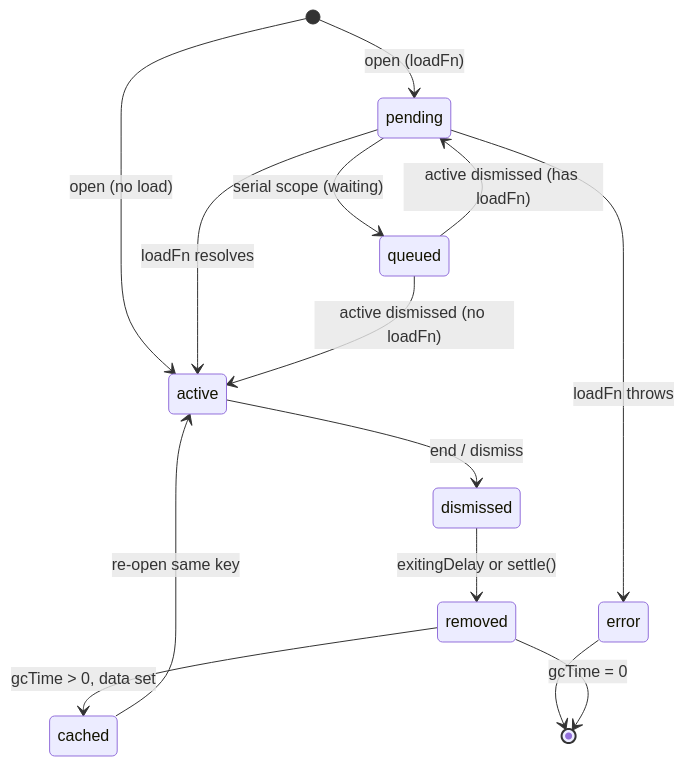
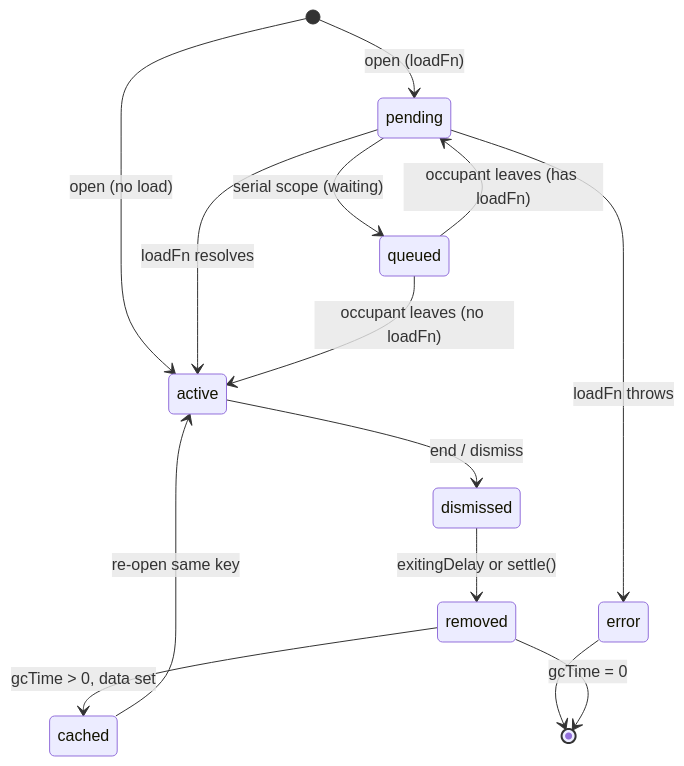
The diagram in apps/docs/content/concepts/lifecycle.mdx (stainless-code/layers), drawn with Mermaid before and after one commit. The commit also changed other lines of this file and 12 other files, not shown here.

````diff
--- a/apps/docs/content/concepts/lifecycle.mdx
+++ b/apps/docs/content/concepts/lifecycle.mdx
@@ -12,16 +12,16 @@
 ```mermaid
 stateDiagram-v2
     [*] --> pending: open (loadFn)
     [*] --> active: open (no load)
     pending --> active: loadFn resolves
     pending --> error: loadFn throws
     pending --> queued: serial scope (waiting)
-    queued --> pending: active dismissed (has loadFn)
-    queued --> active: active dismissed (no loadFn)
+    queued --> pending: occupant leaves (has loadFn)
+    queued --> active: occupant leaves (no loadFn)
     active --> dismissed: end / dismiss
     dismissed --> removed: exitingDelay or settle()
     removed --> cached: gcTime > 0, data set
     cached --> active: re-open same key
     error --> [*]
     removed --> [*]: gcTime = 0
 ```
````
